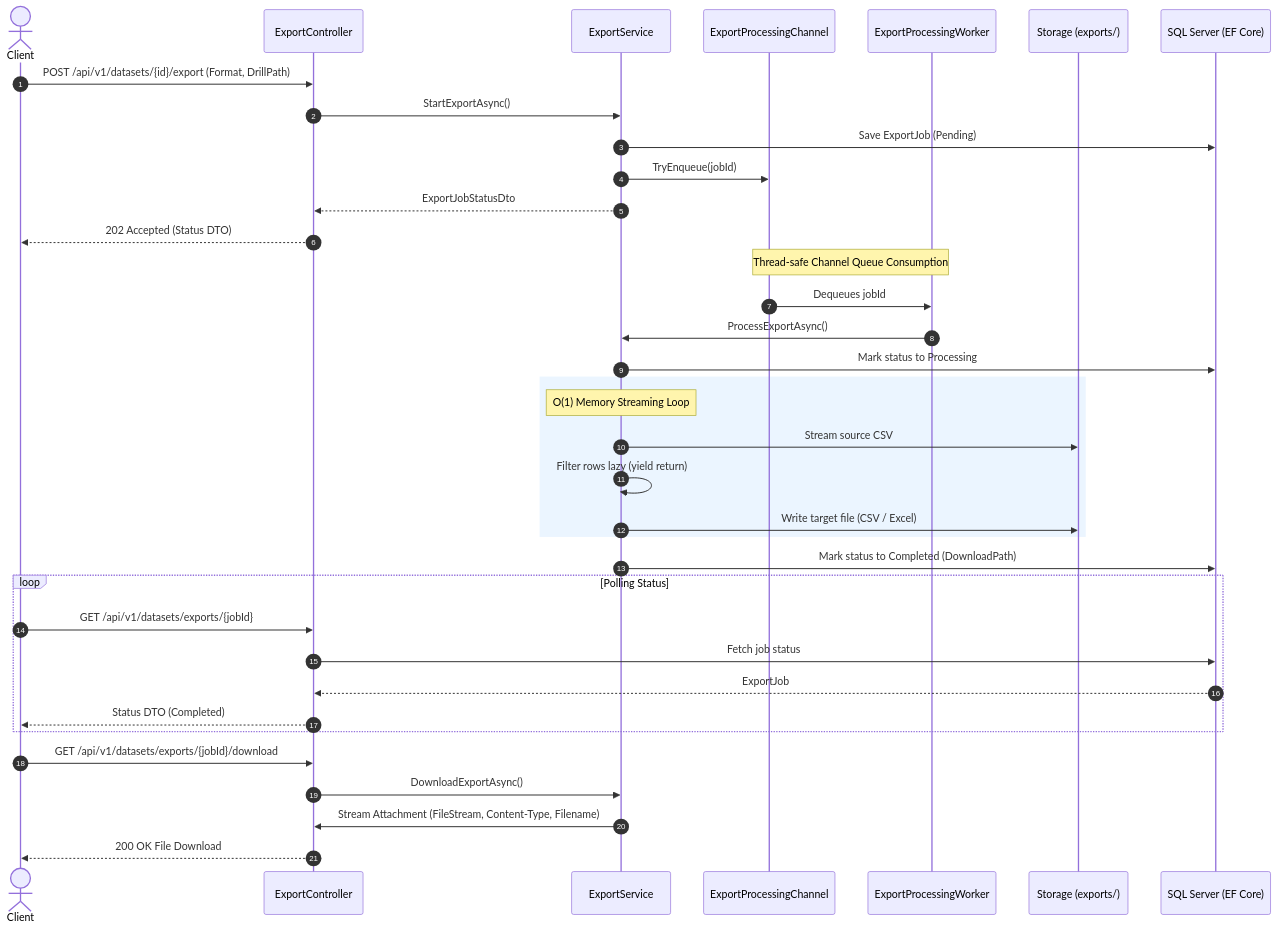
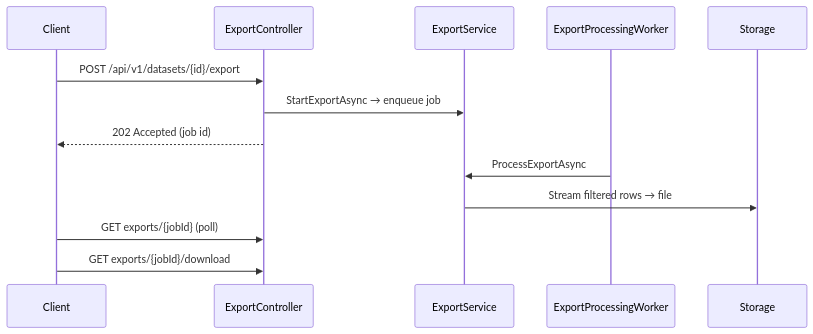
Before and after one commit to UdaraAventude/chart-engine-server: the third of 3 diagrams in README.md, drawn with Mermaid. The commit also changed other lines of this file, not shown here.

````diff
--- a/README.md
+++ b/README.md
@@ -80,44 +89,16 @@
 ```mermaid
 sequenceDiagram
-    autonumber
-    actor Client
+    participant Client
     participant API as ExportController
-    participant Service as ExportService
-    participant Queue as ExportProcessingChannel
+    participant Export as ExportService
     participant Worker as ExportProcessingWorker
-    participant Disk as Storage (exports/)
-    participant DB as SQL Server (EF Core)
+    participant Disk as Storage
 
-    Client->>API: POST /api/v1/datasets/{id}/export (Format, DrillPath)
-    API->>Service: StartExportAsync()
-    Service->>DB: Save ExportJob (Pending)
-    Service->>Queue: TryEnqueue(jobId)
-    Service-->>API: ExportJobStatusDto
-    API-->>Client: 202 Accepted (Status DTO)
-
-    Note over Queue, Worker: Thread-safe Channel Queue Consumption
-    Queue->>Worker: Dequeues jobId
-    Worker->>Service: ProcessExportAsync()
-    Service->>DB: Mark status to Processing
-    
-    rect rgb(235, 245, 255)
-        Note over Service: O(1) Memory Streaming Loop
-        Service->>Disk: Stream source CSV
-        Service->>Service: Filter rows lazy (yield return)
-        Service->>Disk: Write target file (CSV / Excel)
-    end
-
-    Service->>DB: Mark status to Completed (DownloadPath)
-    
-    loop Polling Status
-        Client->>API: GET /api/v1/datasets/exports/{jobId}
-        API->>DB: Fetch job status
-        DB-->>API: ExportJob
-        API-->>Client: Status DTO (Completed)
-    end
-
-    Client->>API: GET /api/v1/datasets/exports/{jobId}/download
-    API->>Service: DownloadExportAsync()
-    Service->>API: Stream Attachment (FileStream, Content-Type, Filename)
-    API-->>Client: 200 OK File Download
+    Client->>API: POST /api/v1/datasets/{id}/export
+    API->>Export: StartExportAsync → enqueue job
+    API-->>Client: 202 Accepted (job id)
+    Worker->>Export: ProcessExportAsync
+    Export->>Disk: Stream filtered rows → file
+    Client->>API: GET exports/{jobId} (poll)
+    Client->>API: GET exports/{jobId}/download
 ```
````
